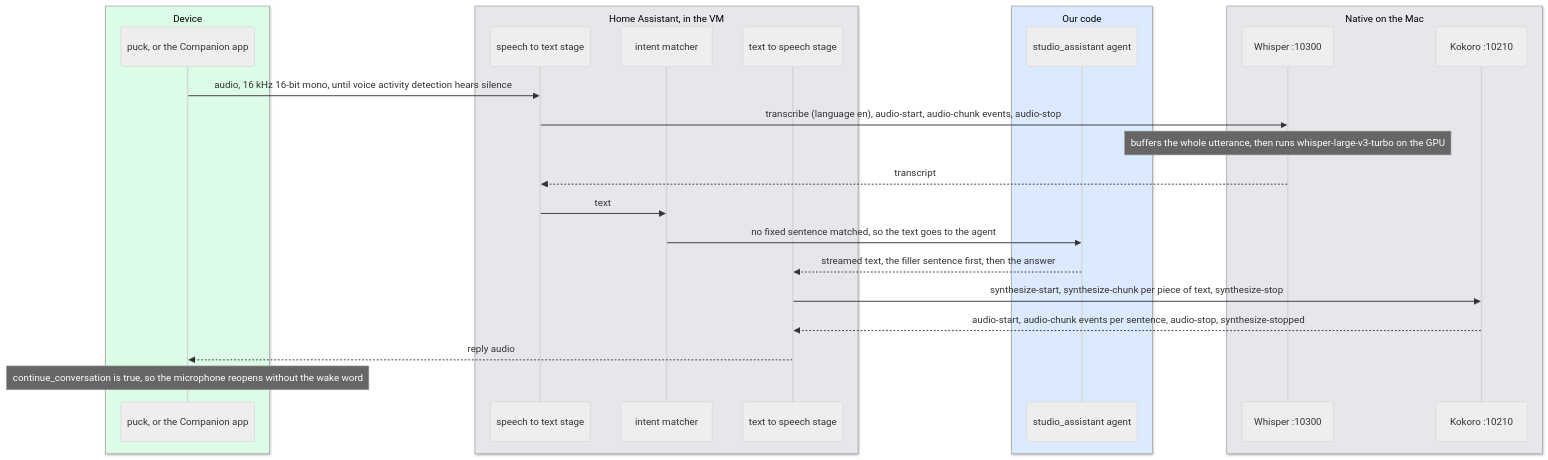
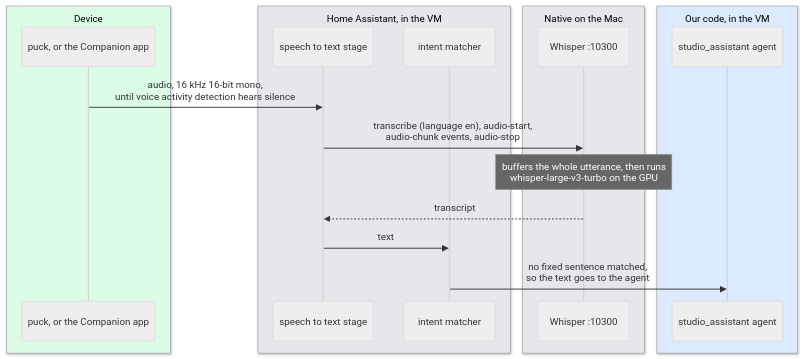
Before and after one commit to seanlin2000/home_assistant: the second of 6 diagrams in operator_manual/05_voice_pipeline.md, drawn with Mermaid (neutral theme). The commit also changed other lines of this file and 33 other files, not shown here.

First line of the commit message:
Diagrams rendered at build time by ELK with a light theme, redrawn as layers; the manual becomes the Home Assistant Handbook

````diff
--- a/operator_manual/05_voice_pipeline.md
+++ b/operator_manual/05_voice_pipeline.md
@@ -54,29 +56,22 @@
 ```mermaid
 sequenceDiagram
     box rgb(220,252,231) Device
         participant mic as puck, or the Companion app
     end
     box rgb(229,231,235) Home Assistant, in the VM
         participant stt as speech to text stage
         participant intents as intent matcher
-        participant tts as text to speech stage
-    end
-    box rgb(219,234,254) Our code
-        participant agent as studio_assistant agent
     end
     box rgb(229,231,235) Native on the Mac
         participant whisper as Whisper :10300
-        participant kokoro as Kokoro :10210
     end
-    mic->>stt: audio, 16 kHz 16-bit mono, until voice activity detection hears silence
-    stt->>whisper: transcribe (language en), audio-start, audio-chunk events, audio-stop
-    Note over whisper: buffers the whole utterance, then runs whisper-large-v3-turbo on the GPU
+    box rgb(219,234,254) Our code, in the VM
+        participant agent as studio_assistant agent
+    end
+    mic->>stt: audio, 16 kHz 16-bit mono,<br/>until voice activity detection hears silence
+    stt->>whisper: transcribe (language en), audio-start,<br/>audio-chunk events, audio-stop
+    Note over whisper: buffers the whole utterance, then runs<br/>whisper-large-v3-turbo on the GPU
     whisper-->>stt: transcript
     stt->>intents: text
-    intents->>agent: no fixed sentence matched, so the text goes to the agent
-    agent-->>tts: streamed text, the filler sentence first, then the answer
-    tts->>kokoro: synthesize-start, synthesize-chunk per piece of text, synthesize-stop
-    kokoro-->>tts: audio-start, audio-chunk events per sentence, audio-stop, synthesize-stopped
-    tts-->>mic: reply audio
-    Note over mic: continue_conversation is true, so the microphone reopens without the wake word
+    intents->>agent: no fixed sentence matched,<br/>so the text goes to the agent
 ```
````
